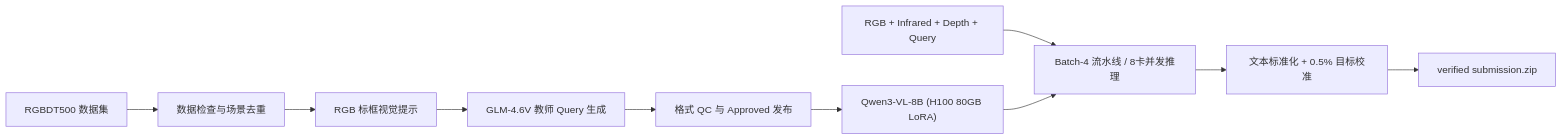
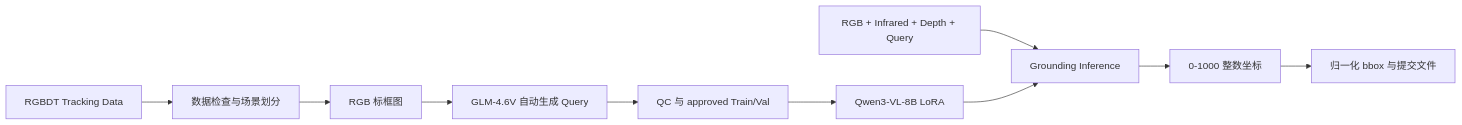
Before and after one commit to FanGou-code/aicomp-multimodal-grounding: the diagram in README.md, drawn with Mermaid. The commit also changed other lines of this file, not shown here.

````diff
--- a/README.md
+++ b/README.md
@@ -17,12 +15,12 @@
 ```mermaid
 flowchart LR
-    A["RGBDT500 数据集"] --> B["数据检查与场景去重"]
-    B --> C["RGB 标框视觉提示"]
-    C --> D["GLM-4.6V 教师 Query 生成"]
-    D --> E["格式 QC 与 Approved 发布"]
-    E --> F["Qwen3-VL-8B (H100 80GB LoRA)"]
-    G["RGB + Infrared + Depth + Query"] --> H["Batch-4 流水线 / 8卡并发推理"]
+    A["RGBDT Tracking Data"] --> B["数据检查与场景划分"]
+    B --> C["RGB 标框图"]
+    C --> D["GLM-4.6V 自动生成 Query"]
+    D --> E["QC 与 approved Train/Val"]
+    E --> F["Qwen3-VL-8B LoRA"]
+    G["RGB + Infrared + Depth + Query"] --> H["Grounding Inference"]
     F --> H
-    H --> I["文本标准化 + 0.5% 目标校准"]
-    I --> J["verified submission.zip"]
+    H --> I["0-1000 整数坐标"]
+    I --> J["归一化 bbox 与提交文件"]
 ```
````
